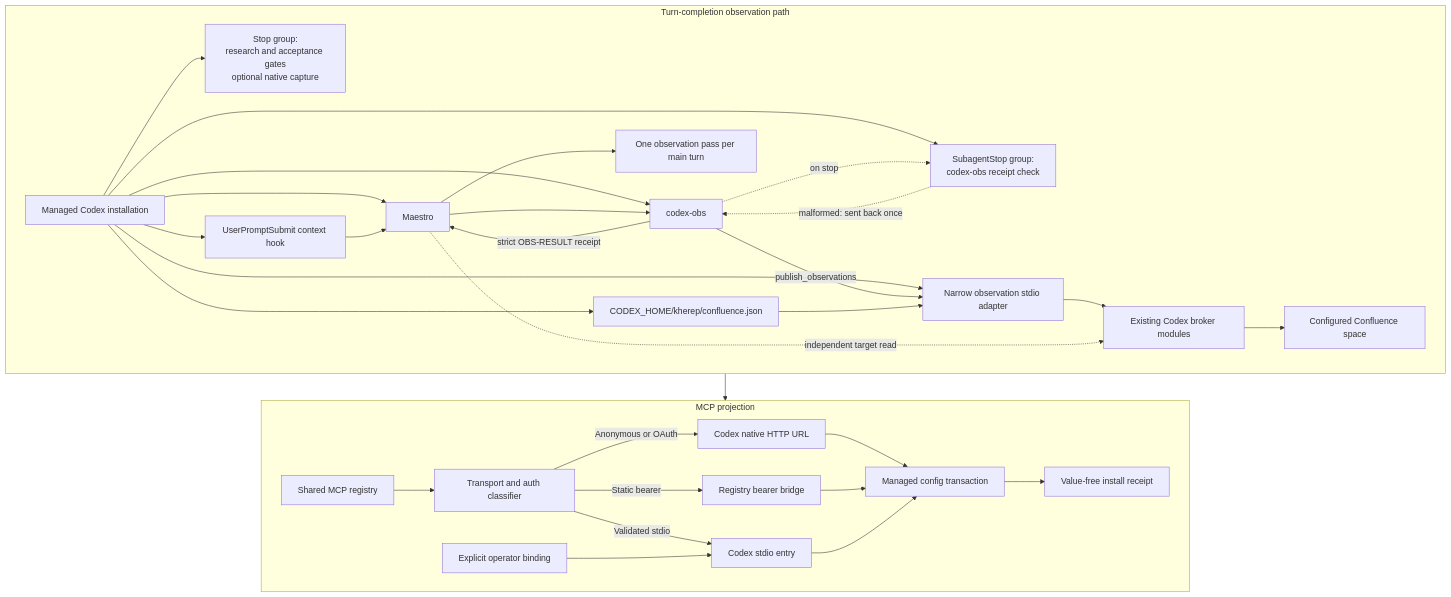
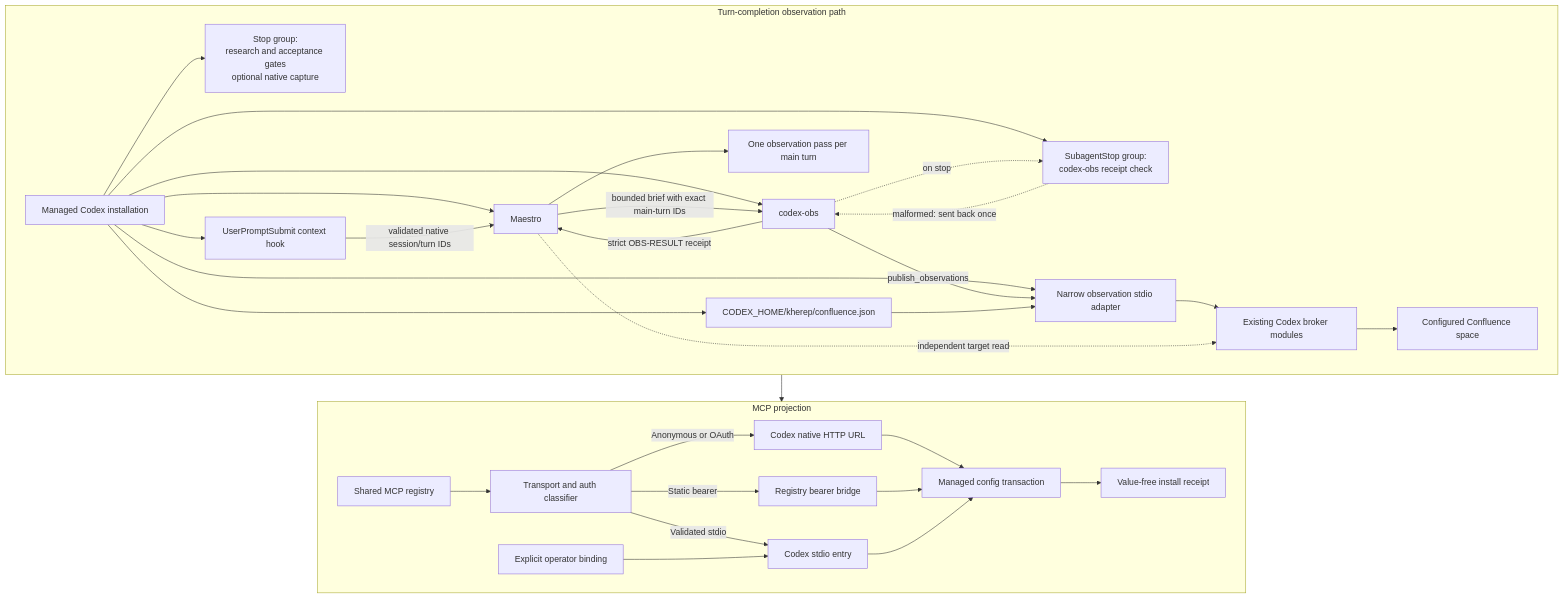
One commit to cfaysal/kherep changed the diagram in codex/ARCHITECTURE.md. Above: the diagram before and after it, drawn with Mermaid. The commit also changed other lines of this file and 11 other files, not shown here.

Commit message:
fix: pass native turn identity to observations

````diff
--- a/codex/ARCHITECTURE.md
+++ b/codex/ARCHITECTURE.md
@@ -132,39 +134,39 @@
 ```mermaid
 flowchart TB
     subgraph T[Turn-completion observation path]
         direction LR
         I[Managed Codex installation] --> ST[Stop group:<br/>research and acceptance gates<br/>optional native capture]
         I --> MA[Maestro]
         I --> OB[codex-obs]
         I --> UC[UserPromptSubmit context hook]
-        UC --> MA
-        MA --> OB
+        UC -->|validated native session/turn IDs| MA
+        MA -->|bounded brief with exact main-turn IDs| OB
         OB -->|strict OBS-RESULT receipt| MA
         I --> SS[SubagentStop group:<br/>codex-obs receipt check]
         OB -.->|on stop| SS
         SS -.->|malformed: sent back once| OB
         MA --> NR[One observation pass per main turn]
         I --> AD[Narrow observation stdio adapter]
         OB -->|publish_observations| AD
         AD --> CB[Existing Codex broker modules]
         I --> CT[CODEX_HOME/kherep/confluence.json]
         CT --> AD
         MA -.->|independent target read| CB
         CB --> CS[Configured Confluence space]
     end
 
     subgraph P[MCP projection]
         direction LR
         R[Shared MCP registry] --> C[Transport and auth classifier]
         C -->|Anonymous or OAuth| H[Codex native HTTP URL]
         C -->|Static bearer| B[Registry bearer bridge]
         C -->|Validated stdio| S[Codex stdio entry]
         O[Explicit operator binding] --> S
         H --> M[Managed config transaction]
         B --> M
         S --> M
         M --> Q[Value-free install receipt]
     end
 
     I --> M
 ```
````
